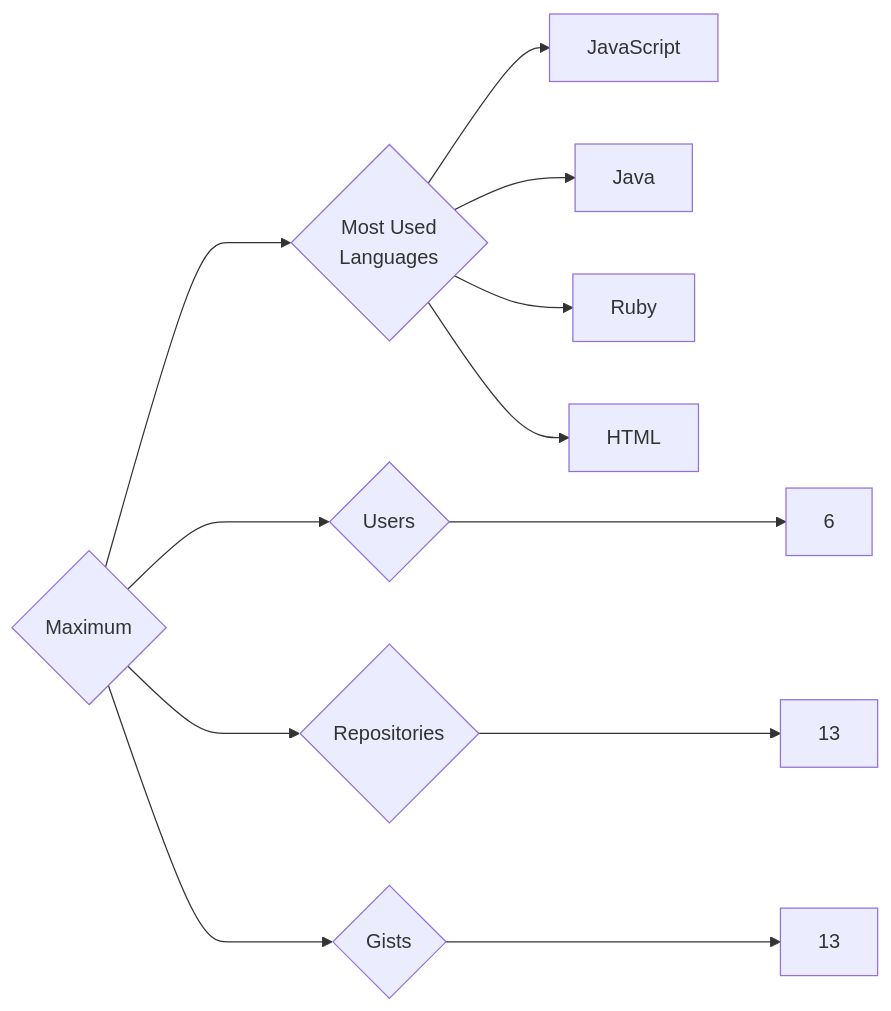
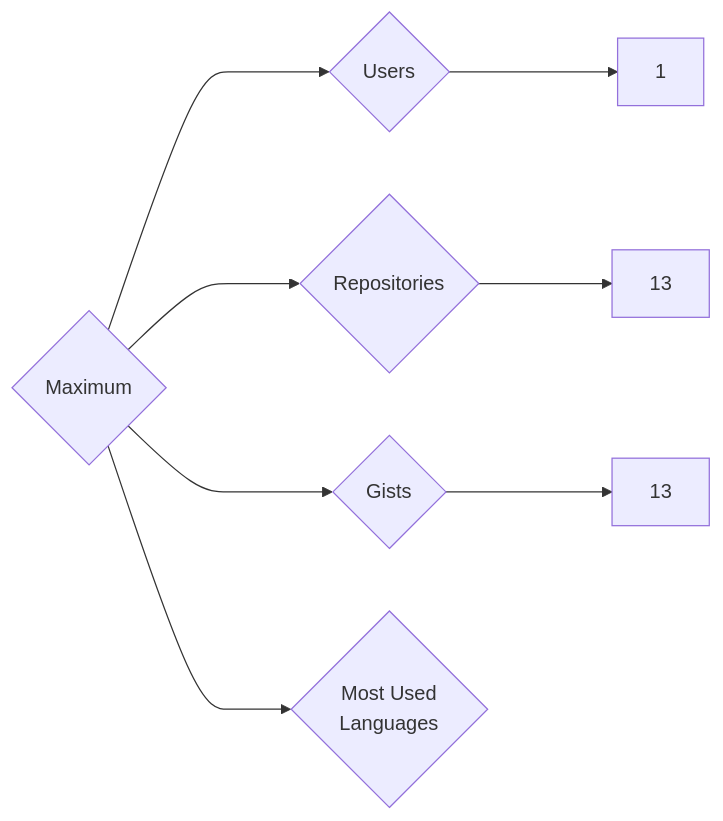
One commit to trickest/insiders changed the diagram in targets/Maximum/README.md. Above: the diagram before and after it, drawn with Mermaid. The commit also changed 903 other files, not shown here.

````diff
--- a/targets/Maximum/README.md
+++ b/targets/Maximum/README.md
@@ -3,12 +3,8 @@
 ```mermaid
 graph LR
 COMPANY_NAME{Maximum}
-COMPANY_NAME ---> U{Users} ---> UN[6]
+COMPANY_NAME ---> U{Users} ---> UN[1]
 COMPANY_NAME ---> R{Repositories} ---> RN[13]
 COMPANY_NAME ---> G{Gists} ---> GN[13]
 COMPANY_NAME ---> ML{Most Used<br>Languages}
-ML --> JavaScript[JavaScript]
-ML --> Java[Java]
-ML --> Ruby[Ruby]
-ML --> HTML[HTML]
 ```
````
